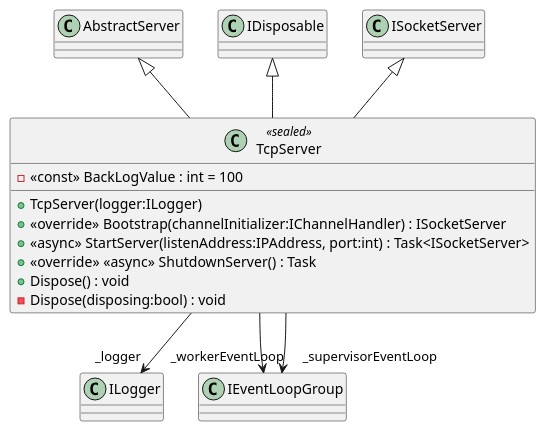
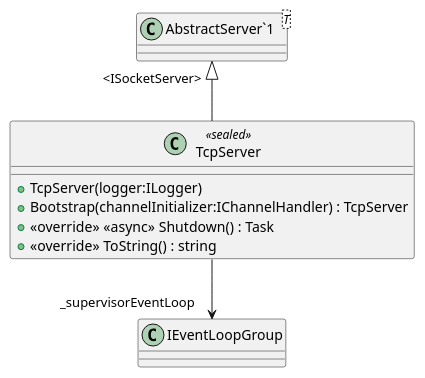
The diagram in Documentation/UML/Catalyst.Node.Common/Helpers/IO/Inbound/TcpServer.puml (catalyst-network/Catalyst), drawn with PlantUML before and after one commit. The commit also changed 25 other files, not shown here.

```diff
--- a/Documentation/UML/Catalyst.Node.Common/Helpers/IO/Inbound/TcpServer.puml
+++ b/Documentation/UML/Catalyst.Node.Common/Helpers/IO/Inbound/TcpServer.puml
@@ -1,17 +1,12 @@
 @startuml
 class TcpServer <<sealed>> {
-    - <<const>> BackLogValue : int = 100
     + TcpServer(logger:ILogger)
-    + <<override>> Bootstrap(channelInitializer:IChannelHandler) : ISocketServer
-    + <<async>> StartServer(listenAddress:IPAddress, port:int) : Task<ISocketServer>
-    + <<override>> <<async>> ShutdownServer() : Task
-    + Dispose() : void
-    - Dispose(disposing:bool) : void
+    + Bootstrap(channelInitializer:IChannelHandler) : TcpServer
+    + <<override>> <<async>> Shutdown() : Task
+    + <<override>> ToString() : string
 }
-AbstractServer <|-- TcpServer
-IDisposable <|-- TcpServer
-ISocketServer <|-- TcpServer
-TcpServer --> "_logger" ILogger
-TcpServer --> "_workerEventLoop" IEventLoopGroup
+class "AbstractServer`1"<T> {
+}
+"AbstractServer`1" "<ISocketServer>" <|-- TcpServer
 TcpServer --> "_supervisorEventLoop" IEventLoopGroup
 @enduml
```
